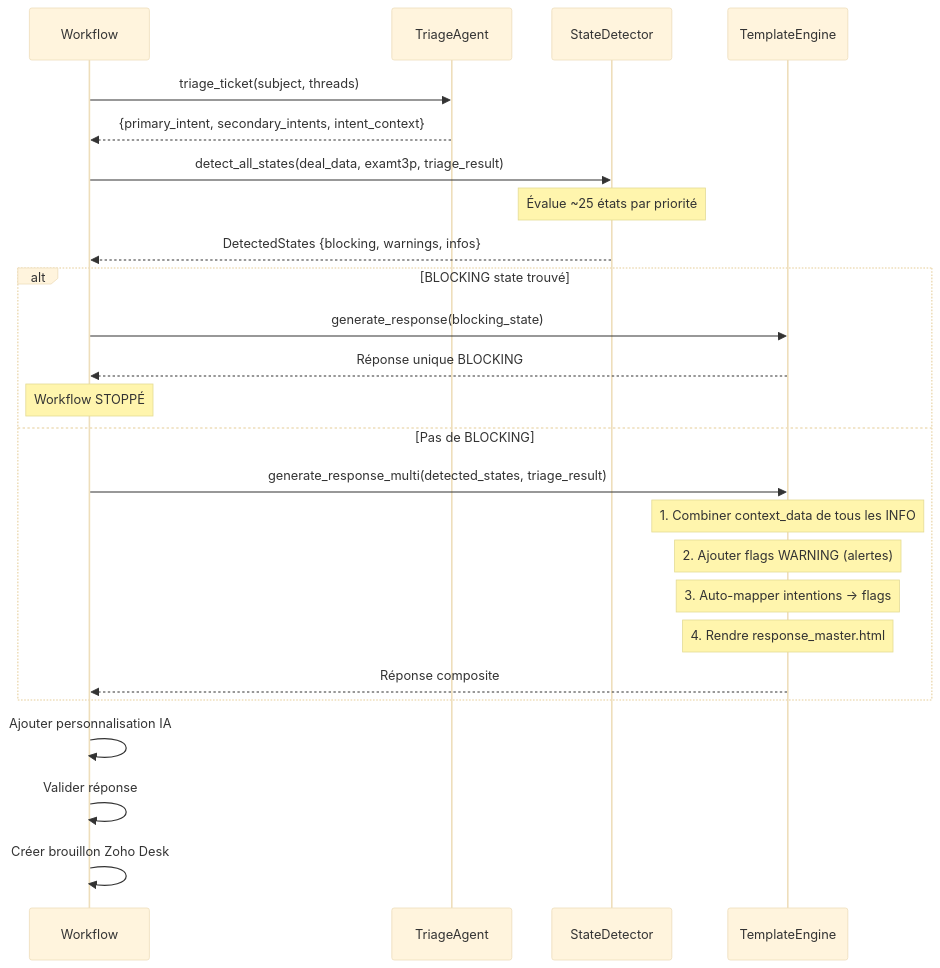
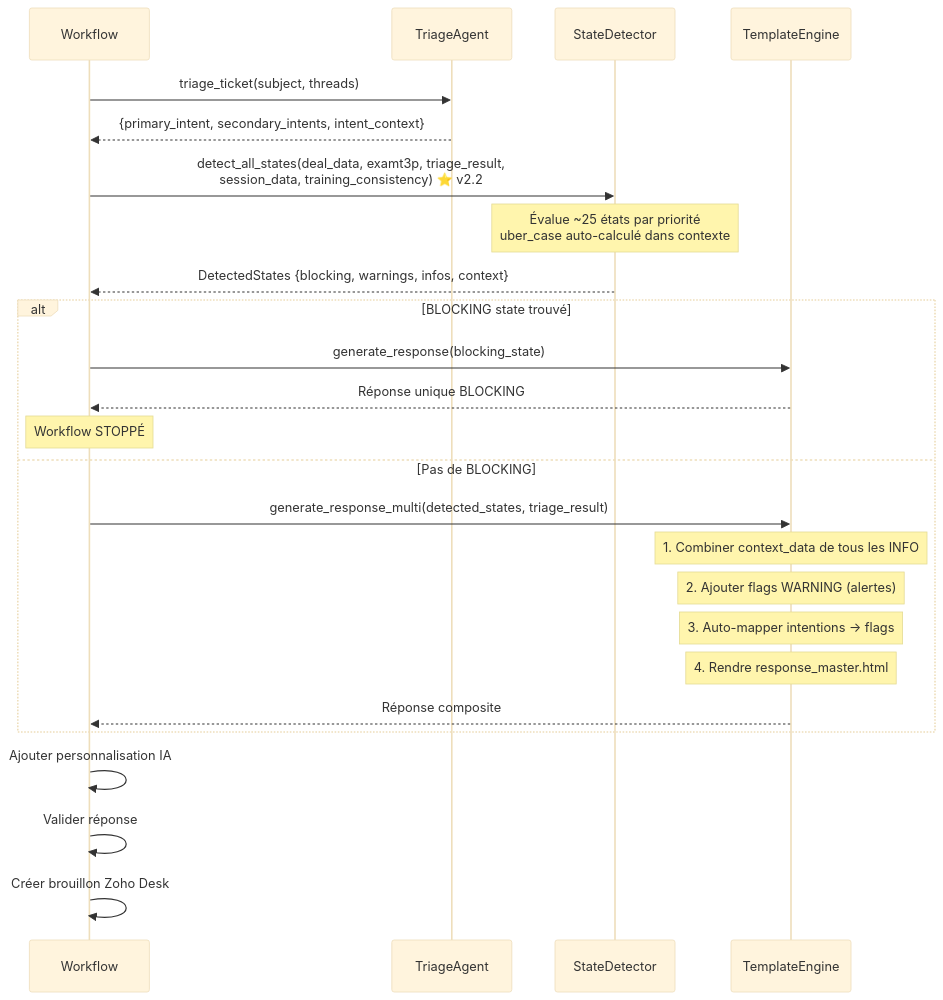
Diagram 16 of 20 in docs/architecture-diagrams.md (fouedh91760/a-level-saver), drawn with Mermaid (base theme) before and after one commit. The commit also changed other lines of this file and 13 other files, not shown here.

First line of the commit message:
fix: Replace bare except statements and fix examt3p_data typo

````diff
--- a/docs/architecture-diagrams.md
+++ b/docs/architecture-diagrams.md
@@ -921,35 +939,35 @@
 ```mermaid
 sequenceDiagram
     participant WF as Workflow
     participant TA as TriageAgent
     participant SD as StateDetector
     participant TE as TemplateEngine
 
     WF->>TA: triage_ticket(subject, threads)
     TA-->>WF: {primary_intent, secondary_intents, intent_context}
 
-    WF->>SD: detect_all_states(deal_data, examt3p, triage_result)
+    WF->>SD: detect_all_states(deal_data, examt3p, triage_result,<br/>session_data, training_consistency) ⭐ v2.2
 
-    Note over SD: Évalue ~25 états par priorité
+    Note over SD: Évalue ~25 états par priorité<br/>uber_case auto-calculé dans contexte
 
-    SD-->>WF: DetectedStates {blocking, warnings, infos}
+    SD-->>WF: DetectedStates {blocking, warnings, infos, context}
 
     alt BLOCKING state trouvé
         WF->>TE: generate_response(blocking_state)
         TE-->>WF: Réponse unique BLOCKING
         Note over WF: Workflow STOPPÉ
     else Pas de BLOCKING
         WF->>TE: generate_response_multi(detected_states, triage_result)
 
         Note over TE: 1. Combiner context_data de tous les INFO
         Note over TE: 2. Ajouter flags WARNING (alertes)
         Note over TE: 3. Auto-mapper intentions → flags
         Note over TE: 4. Rendre response_master.html
 
         TE-->>WF: Réponse composite
     end
 
     WF->>WF: Ajouter personnalisation IA
     WF->>WF: Valider réponse
     WF->>WF: Créer brouillon Zoho Desk
 ```
````
